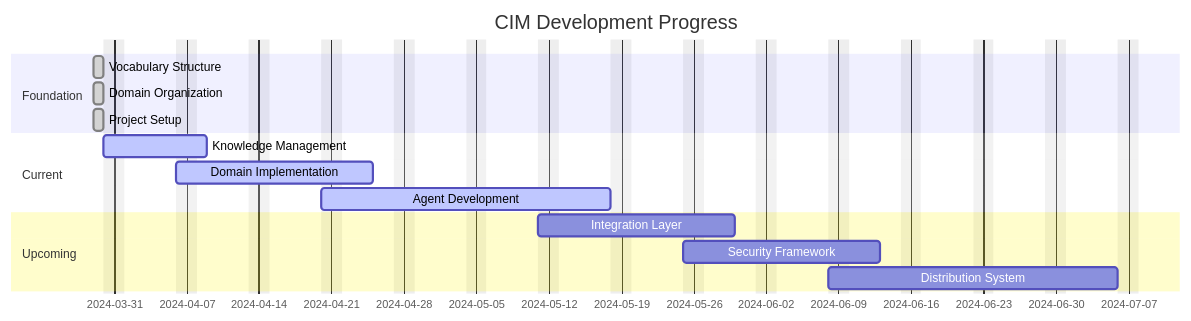
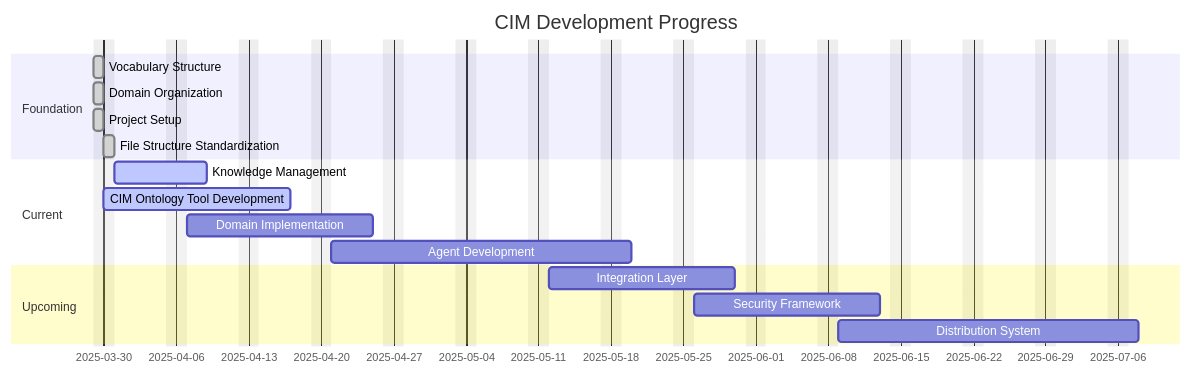
One commit to TheCowboyAI/cim changed the first of 4 diagrams in docs/dashboard.md. Above: the diagram before and after it, drawn with Mermaid. The commit also changed other lines of this file, not shown here.

````diff
--- a/docs/dashboard.md
+++ b/docs/dashboard.md
@@ -5,21 +5,23 @@
 ```mermaid
 gantt
     dateFormat  YYYY-MM-DD
     title       CIM Development Progress
     excludes    weekends
     
     section Foundation
-    Vocabulary Structure :done, 2024-03-29, 1d
-    Domain Organization  :done, 2024-03-29, 1d
-    Project Setup       :done, 2024-03-29, 1d
+    Vocabulary Structure :done, 2025-03-29, 1d
+    Domain Organization  :done, 2025-03-29, 1d
+    Project Setup       :done, 2025-03-29, 1d
+    File Structure Standardization :done, 2025-03-30, 1d
     
     section Current
-    Knowledge Management    :active, 2024-03-30, 7d
-    Domain Implementation   :active, 2024-04-06, 14d
-    Agent Development      :active, 2024-04-20, 21d
+    Knowledge Management    :active, 2025-03-31, 7d
+    CIM Ontology Tool Development :active, 2025-03-30, 14d
+    Domain Implementation   :2025-04-07, 14d
+    Agent Development      :2025-04-21, 21d
     
     section Upcoming
-    Integration Layer      :2024-05-11, 14d
-    Security Framework     :2024-05-25, 14d
-    Distribution System    :2024-06-08, 21d
+    Integration Layer      :2025-05-12, 14d
+    Security Framework     :2025-05-26, 14d
+    Distribution System    :2025-06-09, 21d
 ```
````
